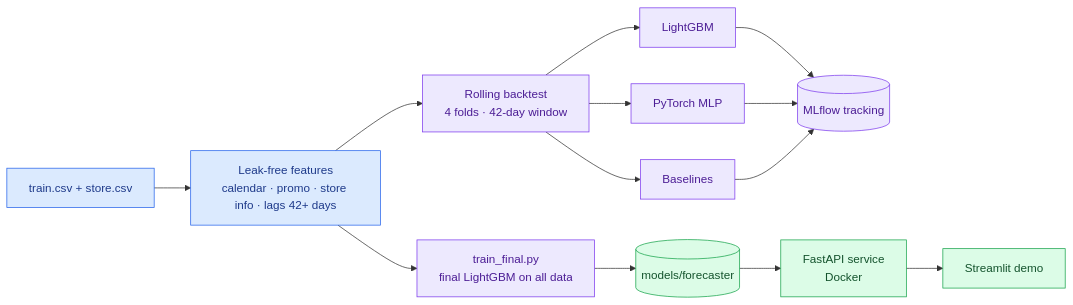
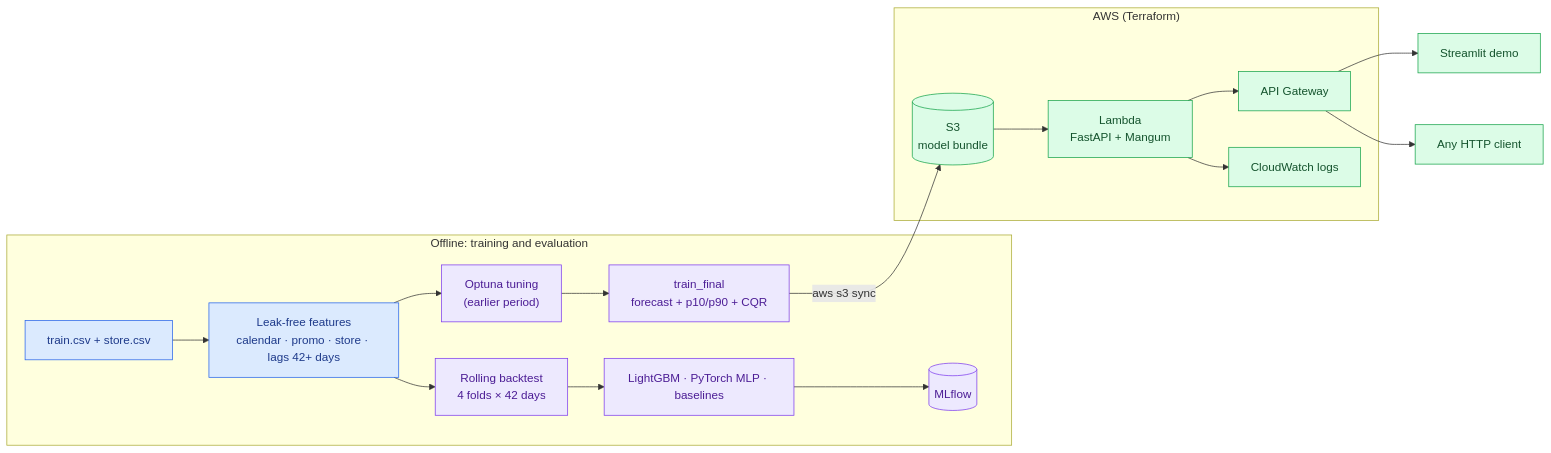
Before and after one commit to ameerykb/Retail-demand-forecasting: the diagram in README.md, drawn with Mermaid. The commit also changed other lines of this file and 4 other files, not shown here.

Commit message:
docs: README rewrite (TL;DR, intervals, tuning), deploy and Streamlit guides, MIT license, changelog

````diff
--- a/README.md
+++ b/README.md
@@ -131,21 +147,25 @@
 ```mermaid
 flowchart LR
-    A["train.csv + store.csv"] --> B["Leak-free features<br/>calendar · promo · store info · lags 42+ days"]
-    B --> C["Rolling backtest<br/>4 folds · 42-day window"]
-    C --> D["LightGBM"]
-    C --> E["PyTorch MLP"]
-    C --> F["Baselines"]
-    D --> G[("MLflow tracking")]
-    E --> G
-    F --> G
-    B --> H["train_final.py<br/>final LightGBM on all data"]
-    H --> I[("models/forecaster")]
-    I --> J["FastAPI service<br/>Docker"]
-    J --> K["Streamlit demo"]
+    subgraph Offline["Offline: training and evaluation"]
+        A["train.csv + store.csv"] --> B["Leak-free features<br/>calendar · promo · store · lags 42+ days"]
+        B --> C["Rolling backtest<br/>4 folds × 42 days"]
+        C --> D["LightGBM · PyTorch MLP · baselines"]
+        D --> G[("MLflow")]
+        B --> T["Optuna tuning<br/>(earlier period)"]
+        T --> H["train_final<br/>forecast + p10/p90 + CQR"]
+    end
+    subgraph AWS["AWS (Terraform)"]
+        S[("S3<br/>model bundle")] --> L["Lambda<br/>FastAPI + Mangum"]
+        L --> API["API Gateway"]
+        L --> CW["CloudWatch logs"]
+    end
+    H -->|aws s3 sync| S
+    API --> W["Streamlit demo"]
+    API --> U["Any HTTP client"]
     classDef data fill:#dbeafe,stroke:#2563eb,color:#1e3a8a;
     classDef ml fill:#ede9fe,stroke:#7c3aed,color:#4c1d95;
     classDef serve fill:#dcfce7,stroke:#16a34a,color:#14532d;
     class A,B data;
-    class C,D,E,F,G,H ml;
-    class I,J,K serve;
+    class C,D,G,T,H ml;
+    class S,L,API,CW,W,U serve;
 ```
````
